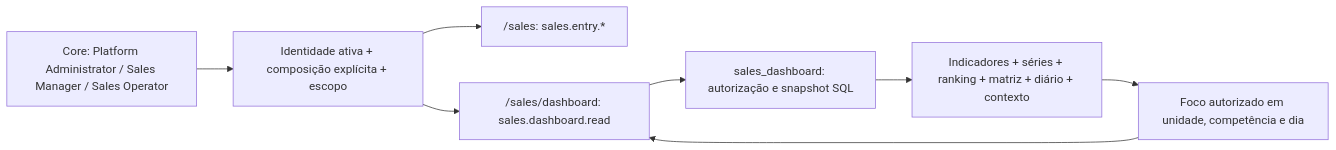
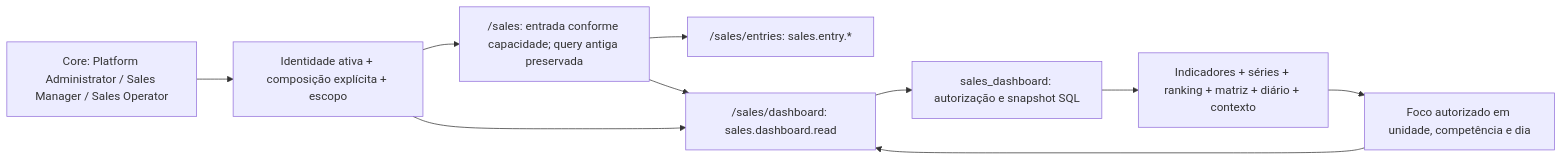
One commit to The-Vonky/Gaucha-Gestao changed the diagram in docs/modules/sales/VEN04B_DASHBOARD_UI.md. Above: the diagram before and after it, drawn with Mermaid. The commit also changed other lines of this file and 25 other files, not shown here.

````diff
--- a/docs/modules/sales/VEN04B_DASHBOARD_UI.md
+++ b/docs/modules/sales/VEN04B_DASHBOARD_UI.md
@@ -33,10 +54,12 @@
 ```mermaid
 flowchart LR
   P["Core: Platform Administrator / Sales Manager / Sales Operator"] --> A["Identidade ativa + composição explícita + escopo"]
-  A --> O["/sales: sales.entry.*"]
+  A --> E["/sales: entrada conforme capacidade; query antiga preservada"]
+  E --> O["/sales/entries: sales.entry.*"]
+  E --> D
   A --> D["/sales/dashboard: sales.dashboard.read"]
   D --> RPC["sales_dashboard: autorização e snapshot SQL"]
   RPC --> V["Indicadores + séries + ranking + matriz + diário + contexto"]
   V --> F["Foco autorizado em unidade, competência e dia"]
   F --> D
 ```
````
